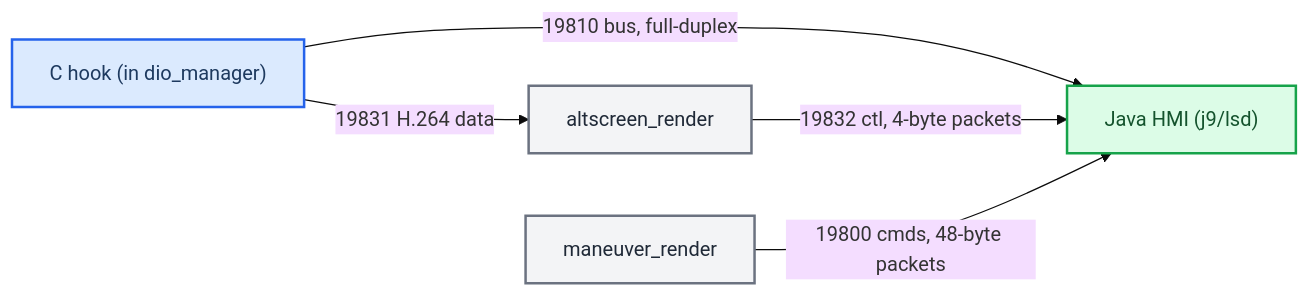
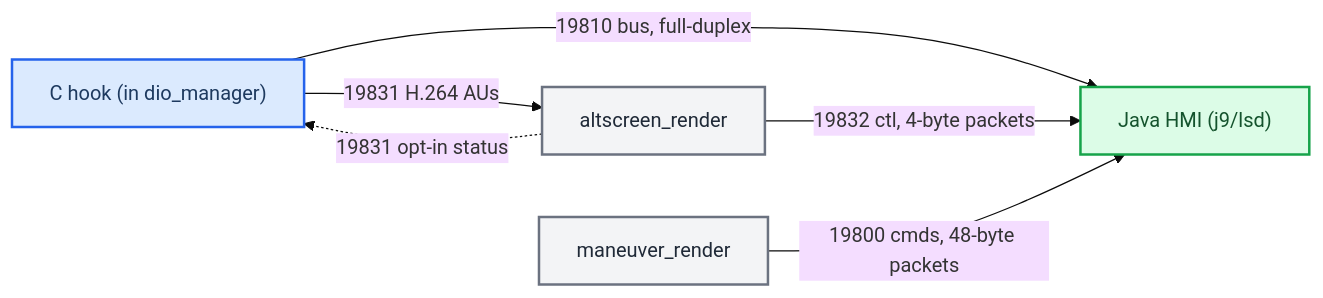
Before and after one commit to luka-dev/mib2q-carplay-rgi: the first of 3 diagrams in docs/reference/HOOK_TO_JAVA_BUS.md, drawn with Mermaid (base theme). The commit also changed other lines of this file and 71 other files, not shown here.

````diff
--- a/docs/reference/HOOK_TO_JAVA_BUS.md
+++ b/docs/reference/HOOK_TO_JAVA_BUS.md
@@ -19,19 +19,20 @@
 ```mermaid
 flowchart LR
   accTitle: Loopback TCP topology between hook, Java and renderers
   accDescr: The hook connects to Java on 19810 and to altscreen_render on 19831; altscreen_render connects to Java on 19832 and maneuver_render connects to Java on 19800.
   hook["C hook (in dio_manager)"]
   java["Java HMI (j9/lsd)"]
   man["maneuver_render"]
   alt["altscreen_render"]
   hook -->|"19810 bus, full-duplex"| java
-  hook -->|"19831 H.264 data"| alt
+  hook -->|"19831 H.264 AUs"| alt
+  alt -.->|"19831 opt-in status"| hook
   alt -->|"19832 ctl, 4-byte packets"| java
   man -->|"19800 cmds, 48-byte packets"| java
   classDef primary fill:#dbeafe,stroke:#2563eb,stroke-width:2px,color:#1e3a5f
   classDef success fill:#dcfce7,stroke:#16a34a,stroke-width:2px,color:#14532d
   classDef neutral fill:#f3f4f6,stroke:#6b7280,stroke-width:2px,color:#1f2937
   class hook primary
   class java success
   class man,alt neutral
 ```
````
